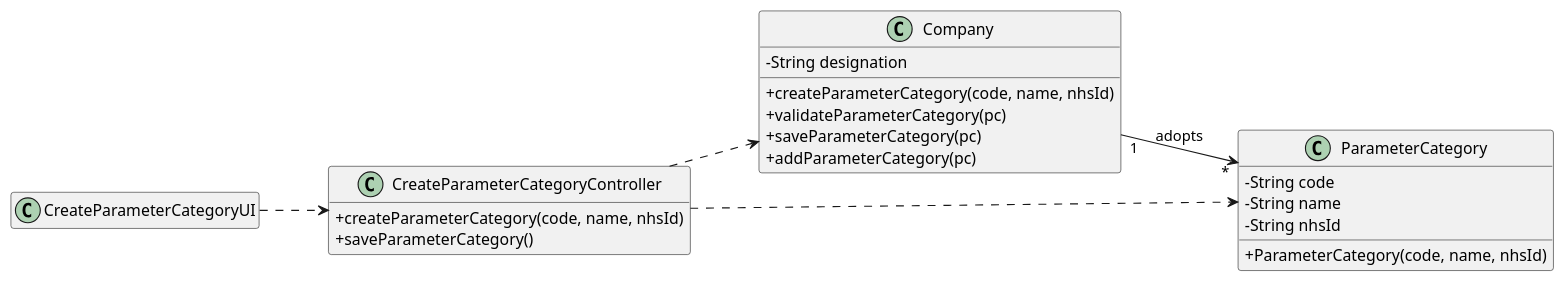
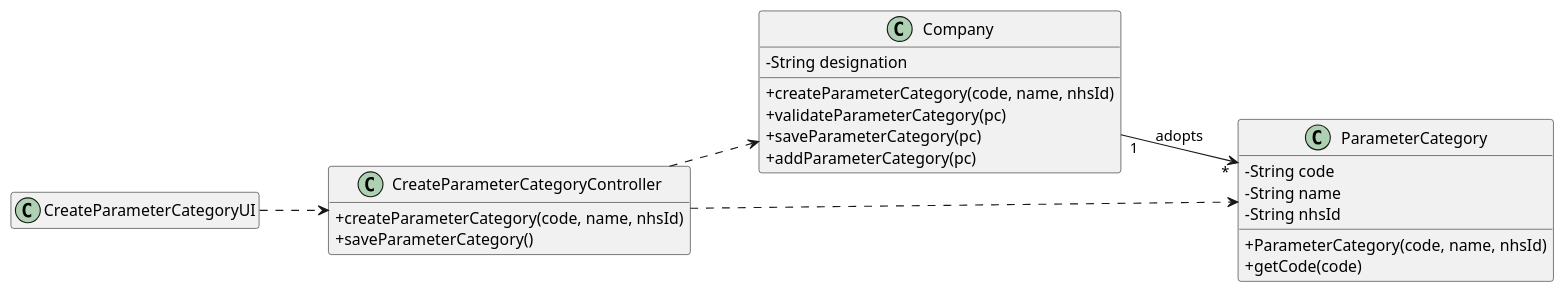
One commit to ana-albergaria/LAPR2-ISEP changed the diagram in docs/SprintB/US_11/US11_CD.puml. Above: the diagram before and after it, drawn with PlantUML. The commit also changed 11 other files, not shown here.

```diff
--- a/docs/SprintB/US_11/US11_CD.puml
+++ b/docs/SprintB/US_11/US11_CD.puml
@@ -1,36 +1,37 @@
 @startuml
 hide empty methods
 hide empty attributes
 left to right direction
 skinparam classAttributeIconSize 0
 
 class Company {
   -String designation
   +createParameterCategory(code, name, nhsId)
   +validateParameterCategory(pc)
   +saveParameterCategory(pc)
   +addParameterCategory(pc)
 }
 
 class ParameterCategory {
    -String code
    -String name
    -String nhsId
    +ParameterCategory(code, name, nhsId)
+   +getCode(code)
 }
 
 class CreateParameterCategoryController {
   +createParameterCategory(code, name, nhsId)
   +saveParameterCategory()
 }
 
 class CreateParameterCategoryUI {
 }
 
 CreateParameterCategoryUI ..> CreateParameterCategoryController
 CreateParameterCategoryController ..> Company
 CreateParameterCategoryController ..> ParameterCategory
 Company "1" --> "*" ParameterCategory : adopts
 
 
 @enduml
```
